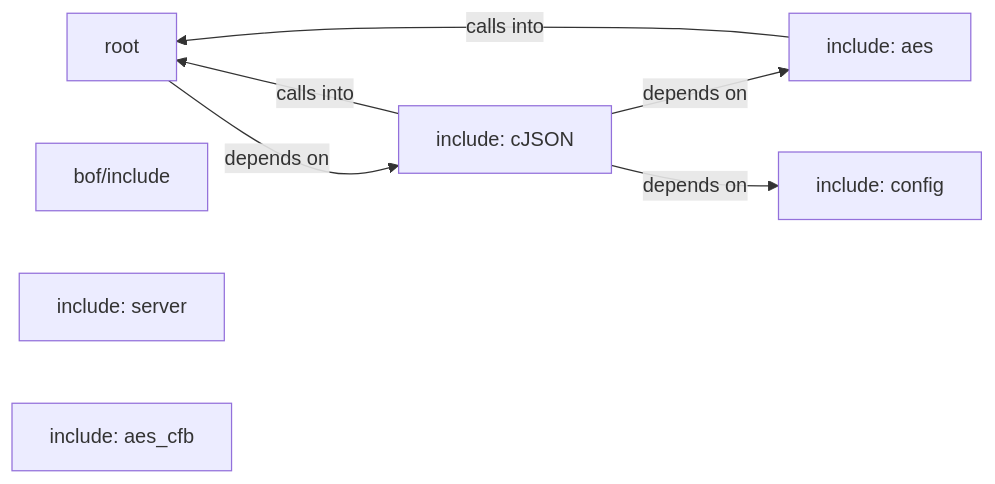
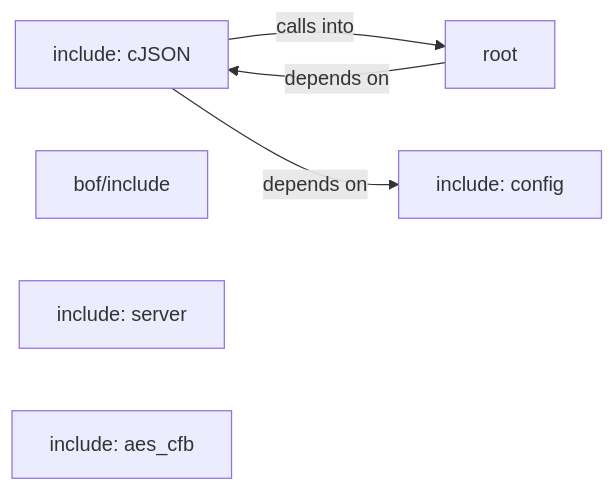
One commit to grisuno/blacksandbeacon changed the diagram in readmenator-maps/md/readmenator-diagrams/overview.md. Above: the diagram before and after it, drawn with Mermaid. The commit also changed other lines of this file and 99 other files, not shown here.

````diff
--- a/readmenator-maps/md/readmenator-diagrams/overview.md
+++ b/readmenator-maps/md/readmenator-diagrams/overview.md
@@ -1,17 +1,14 @@
 ```mermaid
 graph LR
+    include_cJSON["include: cJSON"]
     root["root"]
-    include_cJSON["include: cJSON"]
     bof_include["bof/include"]
     include_server["include: server"]
-    include_aes["include: aes"]
     include_config["include: config"]
     include_aes_cfb["include: aes_cfb"]
+    include_cJSON -- "calls into" --> root
+    include_cJSON -- "depends on" --> include_config
     root -- "depends on" --> include_cJSON
-    include_cJSON -- "calls into" --> root
-    include_cJSON -- "depends on" --> include_aes
-    include_cJSON -- "depends on" --> include_config
-    include_aes -- "calls into" --> root
+    click include_cJSON href "./include_cJSON.md" "Details"
     click root href "./root.md" "Details"
-    click include_cJSON href "./include_cJSON.md" "Details"
 ```
````
